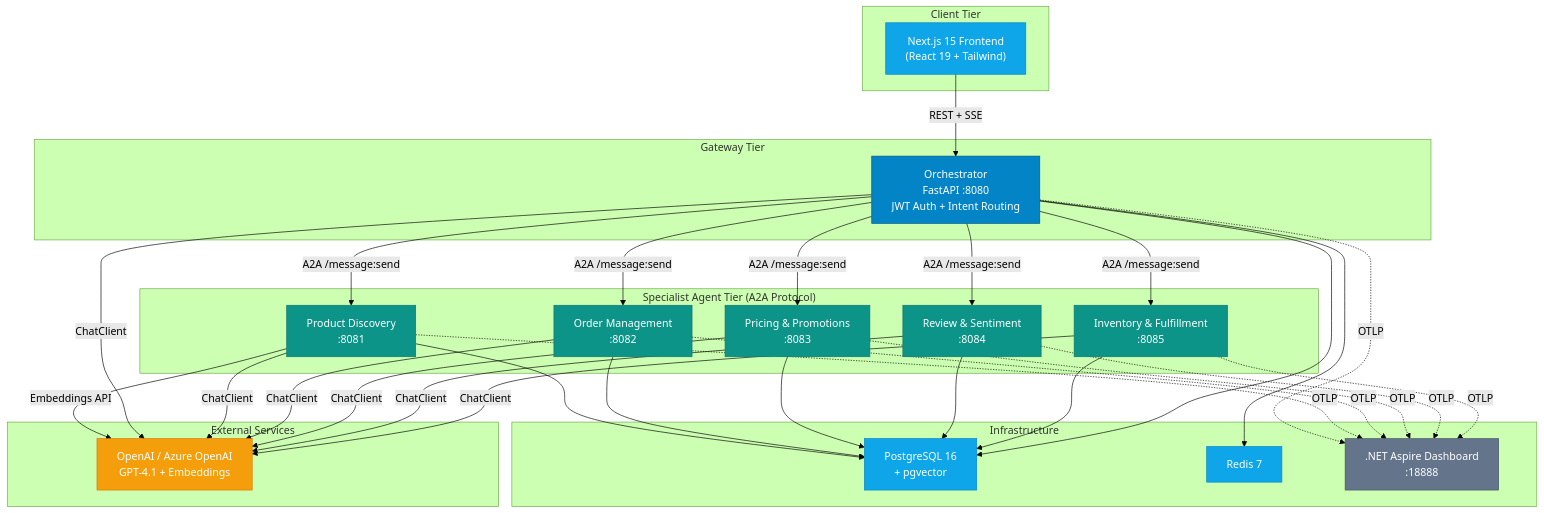
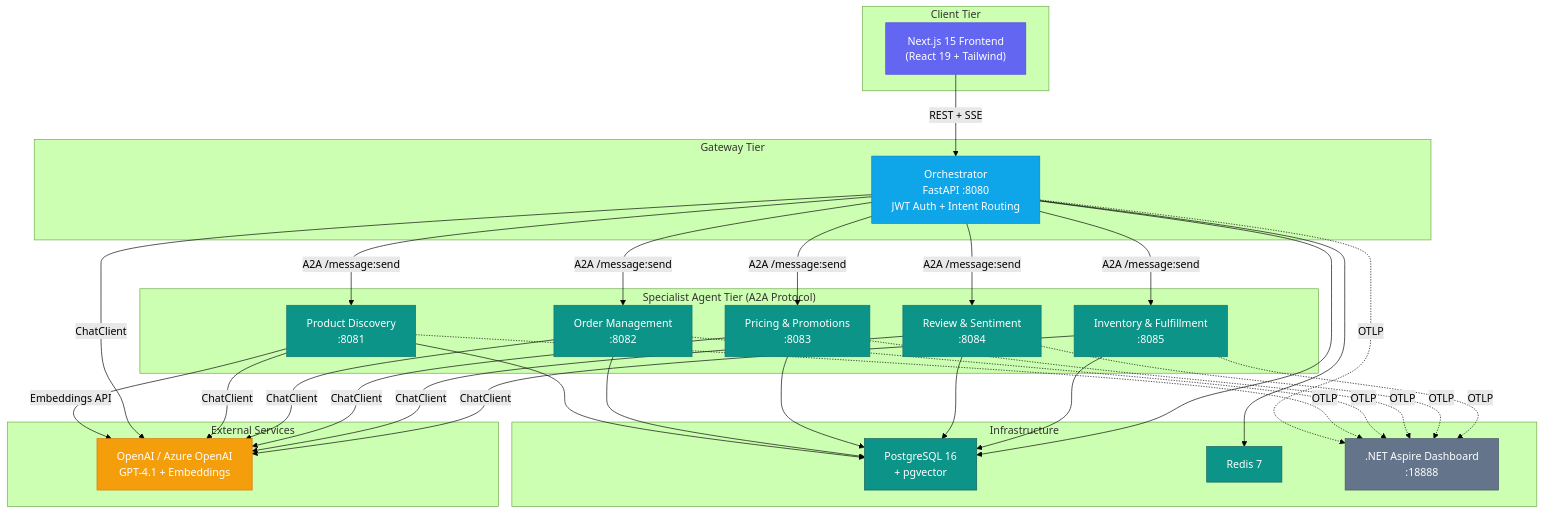
Before and after one commit to nitin27may/e-commerce-agents: the first of 7 diagrams in docs/architecture.md, drawn with Mermaid (forest theme). The commit also changed other lines of this file and 7 other files, not shown here.

````diff
--- a/docs/architecture.md
+++ b/docs/architecture.md
@@ -11,71 +11,71 @@
 ```mermaid
 graph TB
     subgraph Client["Client Tier"]
         FE["Next.js 15 Frontend<br/>(React 19 + Tailwind)"]
     end
 
     subgraph Gateway["Gateway Tier"]
         ORCH["Orchestrator<br/>FastAPI :8080<br/>JWT Auth + Intent Routing"]
     end
 
     subgraph Agents["Specialist Agent Tier (A2A Protocol)"]
         PD["Product Discovery<br/>:8081"]
         OM["Order Management<br/>:8082"]
         PP["Pricing & Promotions<br/>:8083"]
         RS["Review & Sentiment<br/>:8084"]
         IF["Inventory & Fulfillment<br/>:8085"]
     end
 
     subgraph Infra["Infrastructure"]
         PG["PostgreSQL 16<br/>+ pgvector"]
         RD["Redis 7"]
         ASPIRE[".NET Aspire Dashboard<br/>:18888"]
     end
 
     subgraph External["External Services"]
         LLM["OpenAI / Azure OpenAI<br/>GPT-4.1 + Embeddings"]
     end
 
     FE -->|"REST + SSE"| ORCH
     ORCH -->|"A2A /message:send"| PD
     ORCH -->|"A2A /message:send"| OM
     ORCH -->|"A2A /message:send"| PP
     ORCH -->|"A2A /message:send"| RS
     ORCH -->|"A2A /message:send"| IF
 
     PD --> PG
     OM --> PG
     PP --> PG
     RS --> PG
     IF --> PG
 
     ORCH --> PG
     ORCH --> RD
 
     PD -->|"Embeddings API"| LLM
     ORCH -->|"ChatClient"| LLM
     PD -->|"ChatClient"| LLM
     OM -->|"ChatClient"| LLM
     PP -->|"ChatClient"| LLM
     RS -->|"ChatClient"| LLM
     IF -->|"ChatClient"| LLM
 
     ORCH -.->|"OTLP"| ASPIRE
     PD -.->|"OTLP"| ASPIRE
     OM -.->|"OTLP"| ASPIRE
     PP -.->|"OTLP"| ASPIRE
     RS -.->|"OTLP"| ASPIRE
     IF -.->|"OTLP"| ASPIRE
 
-    style FE fill:#0ea5e9,stroke:#0284c7,color:#fff
-    style ORCH fill:#0284c7,stroke:#075985,color:#fff
+    style FE fill:#6366f1,stroke:#4f46e5,color:#fff
+    style ORCH fill:#0ea5e9,stroke:#0284c7,color:#fff
     style PD fill:#0d9488,stroke:#0f766e,color:#fff
     style OM fill:#0d9488,stroke:#0f766e,color:#fff
     style PP fill:#0d9488,stroke:#0f766e,color:#fff
     style RS fill:#0d9488,stroke:#0f766e,color:#fff
     style IF fill:#0d9488,stroke:#0f766e,color:#fff
-    style PG fill:#0ea5e9,stroke:#0284c7,color:#fff
-    style RD fill:#0ea5e9,stroke:#0284c7,color:#fff
+    style PG fill:#0d9488,stroke:#115e59,color:#fff
+    style RD fill:#0d9488,stroke:#115e59,color:#fff
     style ASPIRE fill:#64748b,stroke:#475569,color:#fff
     style LLM fill:#f59e0b,stroke:#d97706,color:#fff
 ```
````
